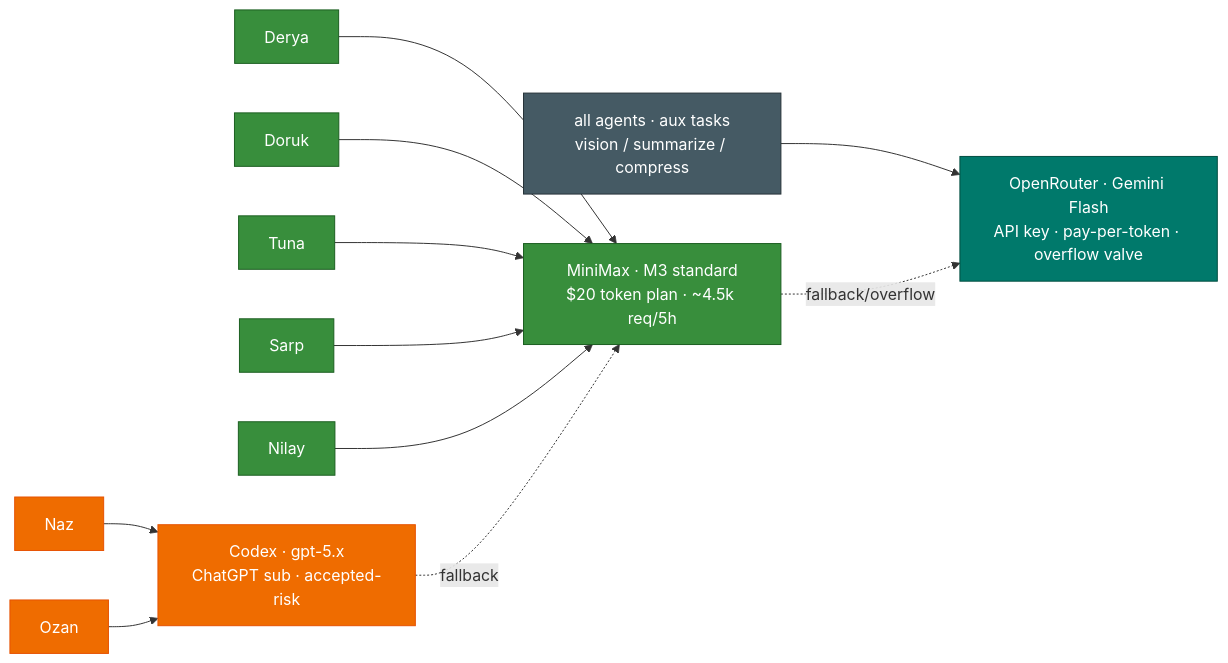
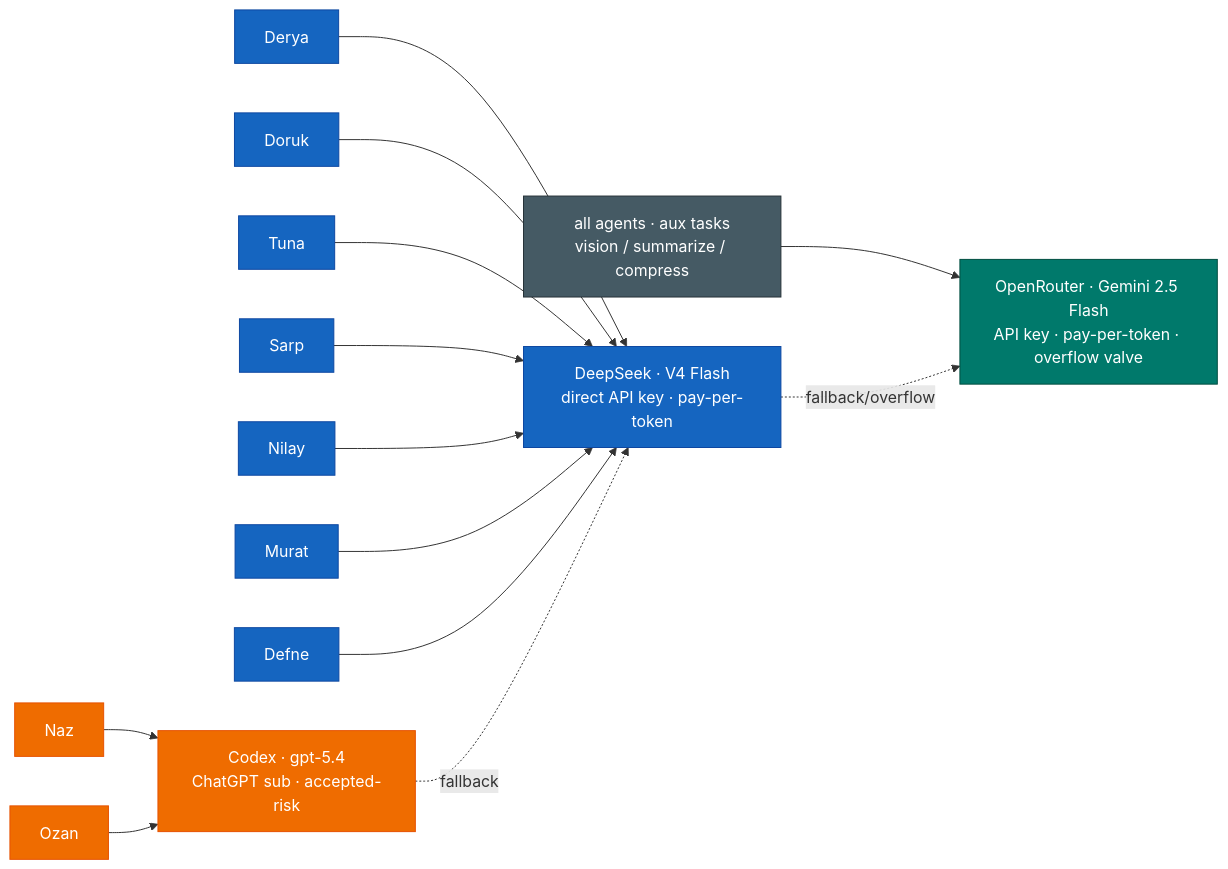
The diagram in docs/04-models.md (mpolatcan/hermes-setup), drawn with Mermaid before and after one commit. The commit also changed other lines of this file and 12 other files, not shown here.

First line of the commit message:
docs: sync to live system — DeepSeek primary, no extract backend, 4GB VM

````diff
--- a/docs/04-models.md
+++ b/docs/04-models.md
@@ -7,16 +7,16 @@
 ```mermaid
 flowchart LR
-    Naz & Ozan --> codex["Codex · gpt-5.x<br/>ChatGPT sub · accepted-risk"]
-    Derya & Doruk & Tuna & Sarp & Nilay --> mini["MiniMax · M3 standard<br/>$20 token plan · ~4.5k req/5h"]
-    aux["all agents · aux tasks<br/>vision / summarize / compress"] --> or["OpenRouter · Gemini Flash<br/>API key · pay-per-token · overflow valve"]
-    codex -. fallback .-> mini
-    mini -. fallback/overflow .-> or
+    Naz & Ozan --> codex["Codex · gpt-5.4<br/>ChatGPT sub · accepted-risk"]
+    Derya & Doruk & Tuna & Sarp & Nilay & Murat & Defne --> ds["DeepSeek · V4 Flash<br/>direct API key · pay-per-token"]
+    aux["all agents · aux tasks<br/>vision / summarize / compress"] --> or["OpenRouter · Gemini 2.5 Flash<br/>API key · pay-per-token · overflow valve"]
+    codex -. fallback .-> ds
+    ds -. fallback/overflow .-> or
     classDef codex fill:#EF6C00,stroke:#E65100,color:#fff
-    classDef mini fill:#388E3C,stroke:#1B5E20,color:#fff
+    classDef ds fill:#1565C0,stroke:#0D47A1,color:#fff
     classDef ext fill:#00796B,stroke:#004D40,color:#fff
     classDef neutral fill:#455A64,stroke:#263238,color:#fff
     class Naz,Ozan,codex codex
-    class Derya,Doruk,Tuna,Sarp,Nilay,mini mini
+    class Derya,Doruk,Tuna,Sarp,Nilay,Murat,Defne,ds ds
     class or ext
     class aux neutral
 ```
````
